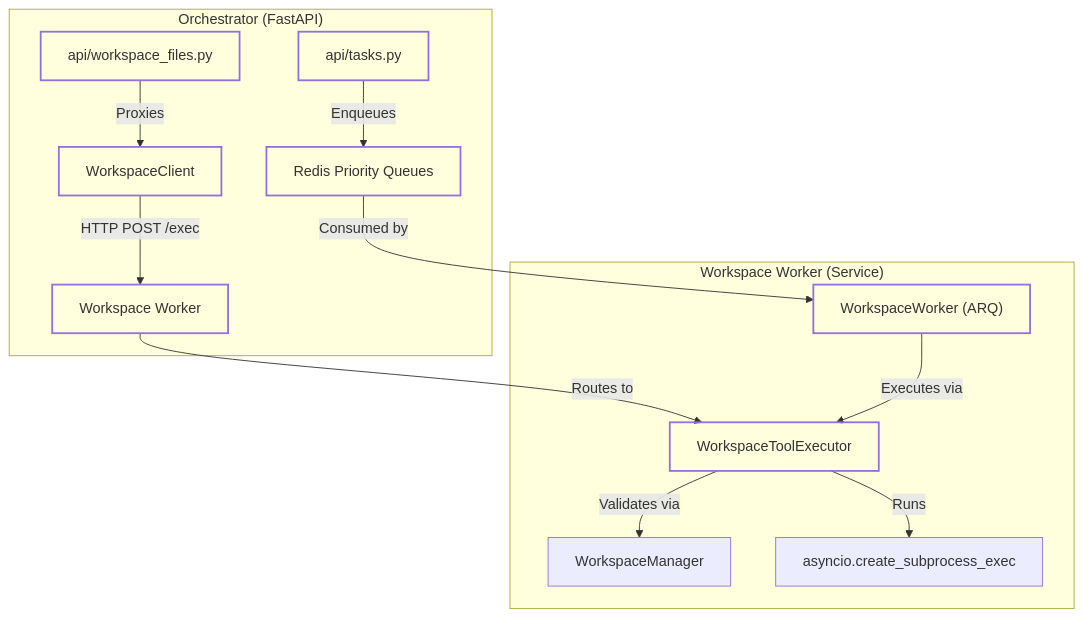
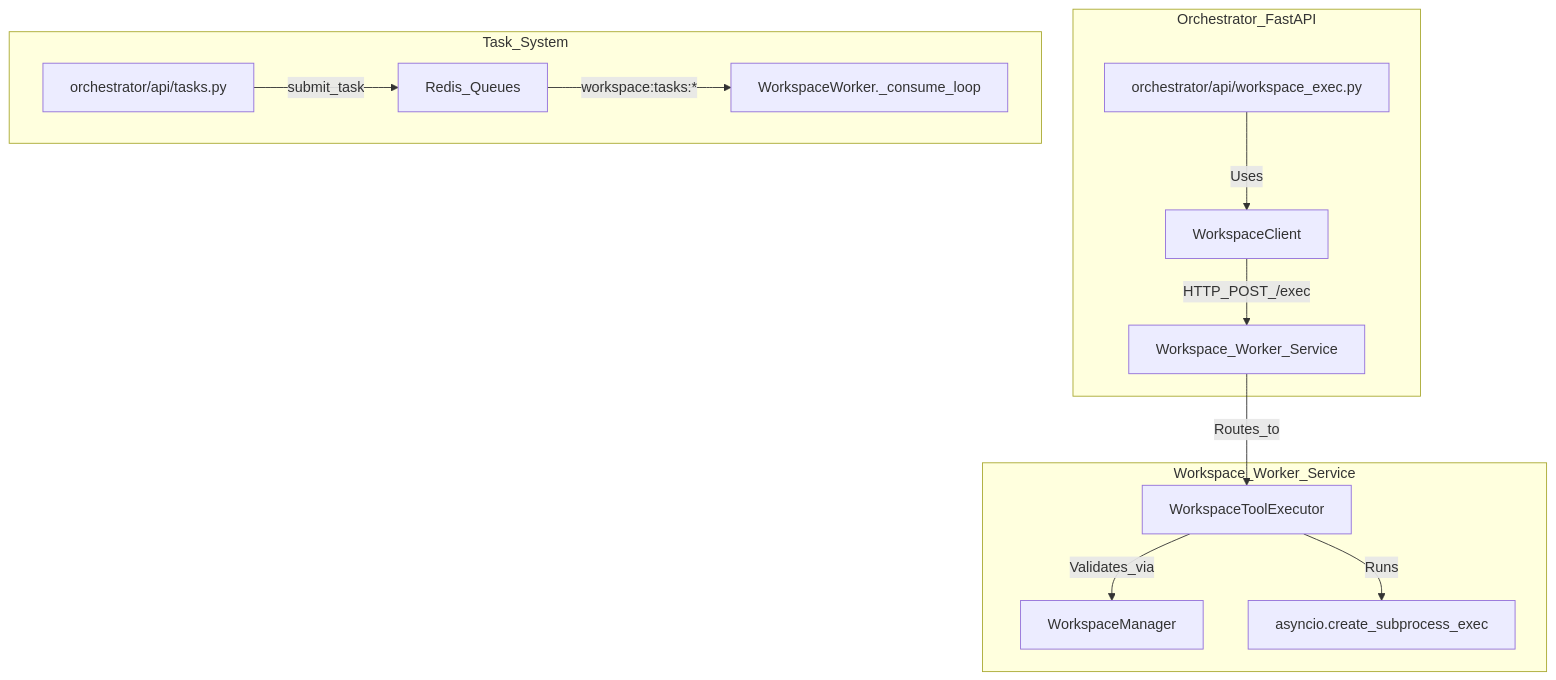
The first of 2 diagrams in docs/workspace-execution/file-operations-command-execution.md (AutomatosAI/automatos-ai), drawn with Mermaid before and after one commit. The commit also changed other lines of this file and 153 other files, not shown here.

````diff
--- a/docs/workspace-execution/file-operations-command-execution.md
+++ b/docs/workspace-execution/file-operations-command-execution.md
@@ -42,24 +43,18 @@
 ```mermaid
 graph TD
-    subgraph "Orchestrator (FastAPI)"
-        A["api/workspace_files.py"] -- "Proxies" --> B["WorkspaceClient"]
-        B -- "HTTP POST /exec" --> C["Workspace Worker"]
-        G["api/tasks.py"] -- "Enqueues" --> H["Redis Priority Queues"]
+    subgraph "Orchestrator_FastAPI"
+        A["orchestrator/api/workspace_exec.py"] -- "Uses" --> B["WorkspaceClient"]
+        B -- "HTTP_POST_/exec" --> C["Workspace_Worker_Service"]
     end
 
-    subgraph "Workspace Worker (Service)"
-        C -- "Routes to" --> D["WorkspaceToolExecutor"]
-        H -- "Consumed by" --> I["WorkspaceWorker (ARQ)"]
-        D -- "Validates via" --> E["WorkspaceManager"]
-        I -- "Executes via" --> D
+    subgraph "Workspace_Worker_Service"
+        C -- "Routes_to" --> D["WorkspaceToolExecutor"]
+        D -- "Validates_via" --> E["WorkspaceManager"]
         D -- "Runs" --> F["asyncio.create_subprocess_exec"]
     end
 
-    style A fill:none,stroke-width:2px
-    style B fill:none,stroke-width:2px
-    style C fill:none,stroke-width:2px
-    style D fill:none,stroke-width:2px
-    style G fill:none,stroke-width:2px
-    style H fill:none,stroke-width:2px
-    style I fill:none,stroke-width:2px
+    subgraph "Task_System"
+        G["orchestrator/api/tasks.py"] -- "submit_task" --> H["Redis_Queues"]
+        H -- "workspace:tasks:*" --> I["WorkspaceWorker._consume_loop"]
+    end
 ```
````
